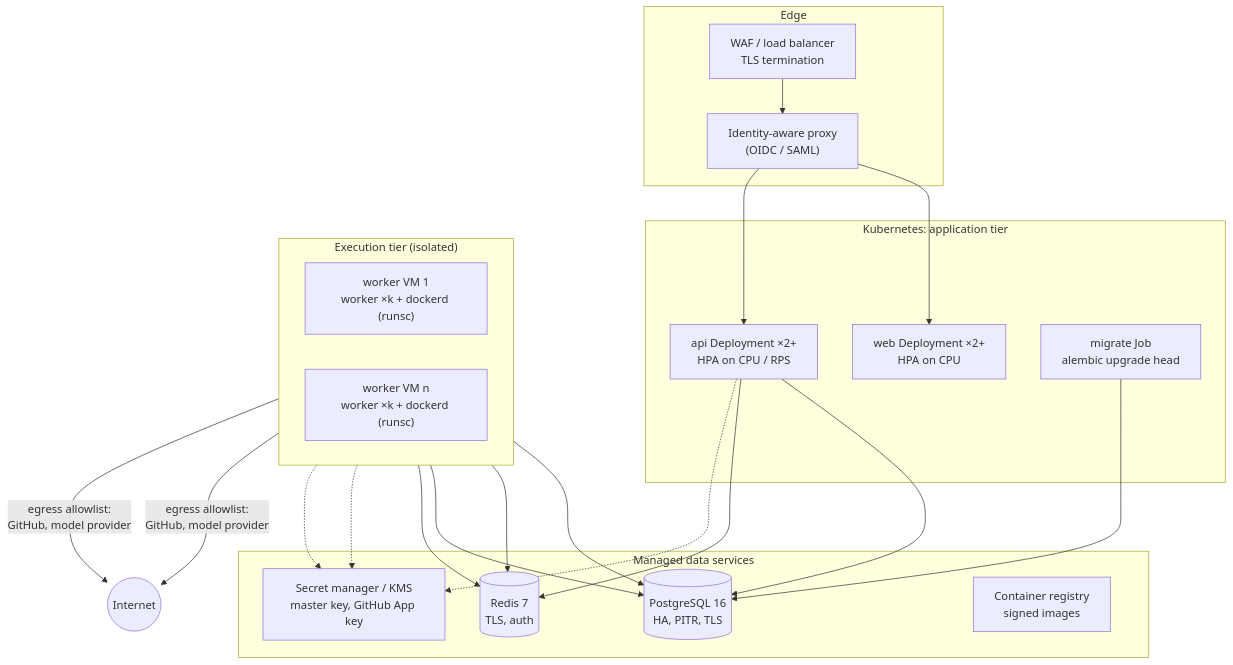
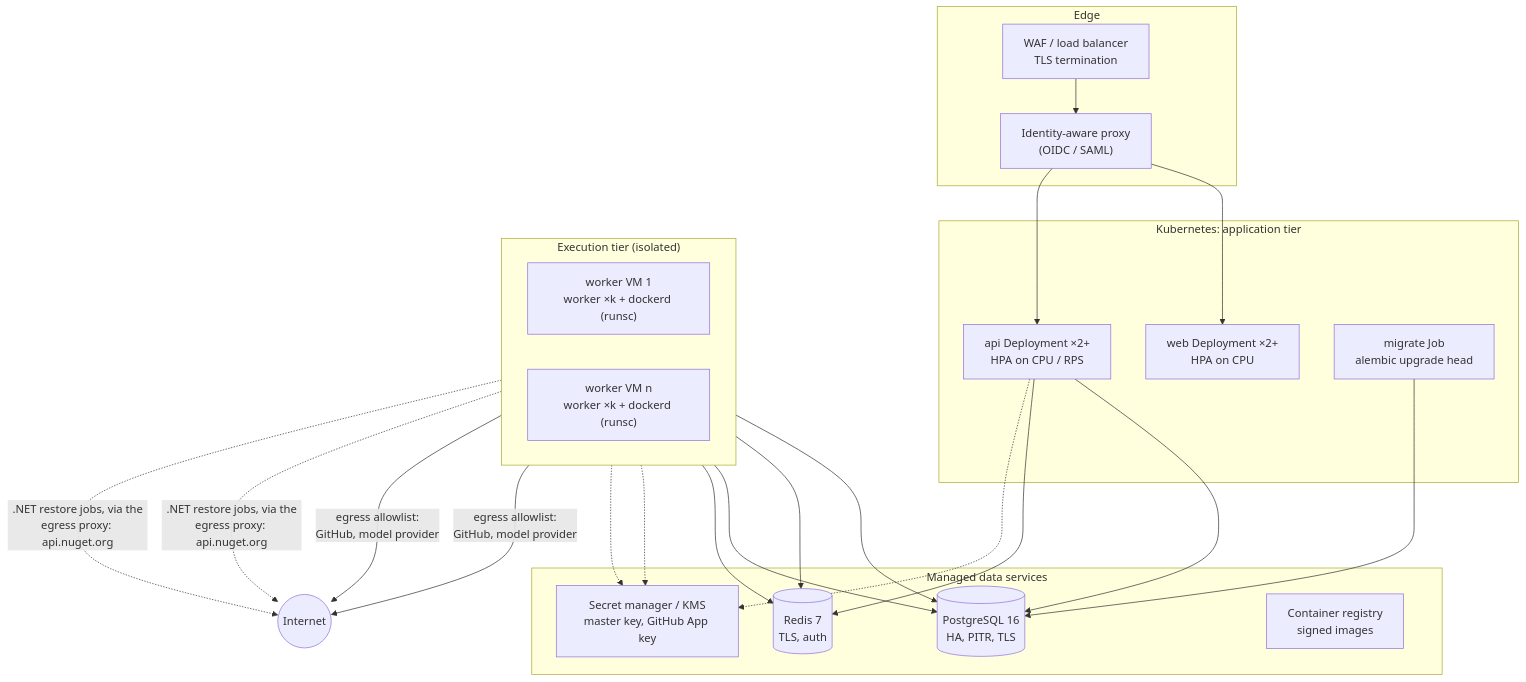
One commit to KsiProgramming/agentic-dev changed the second of 2 diagrams in docs/operations/deployment.md. Above: the diagram before and after it, drawn with Mermaid. The commit also changed other lines of this file and 36 other files, not shown here.

````diff
--- a/docs/operations/deployment.md
+++ b/docs/operations/deployment.md
@@ -90,30 +91,31 @@
 ```mermaid
 flowchart TB
     subgraph edge["Edge"]
         waf["WAF / load balancer<br/>TLS termination"]
         sso["Identity-aware proxy<br/>(OIDC / SAML)"]
     end
     subgraph k8s["Kubernetes: application tier"]
         web["web Deployment ×2+<br/>HPA on CPU"]
         api["api Deployment ×2+<br/>HPA on CPU / RPS"]
         mig["migrate Job<br/>alembic upgrade head"]
     end
     subgraph exec["Execution tier (isolated)"]
         direction LR
         w1["worker VM 1<br/>worker ×k + dockerd (runsc)"]
         w2["worker VM n<br/>worker ×k + dockerd (runsc)"]
     end
     subgraph data["Managed data services"]
         pg[("PostgreSQL 16<br/>HA, PITR, TLS")]
         rd[("Redis 7<br/>TLS, auth")]
         sm["Secret manager / KMS<br/>master key, GitHub App key"]
         reg["Container registry<br/>signed images"]
     end
 
     waf --> sso --> web & api
     api --> pg & rd
     mig --> pg
     w1 & w2 --> pg & rd
     api & w1 & w2 -.-> sm
     w1 & w2 -- "egress allowlist:<br/>GitHub, model provider" --> net((Internet))
+    w1 & w2 -. ".NET restore jobs, via the<br/>egress proxy: api.nuget.org" .-> net
 ```
````
